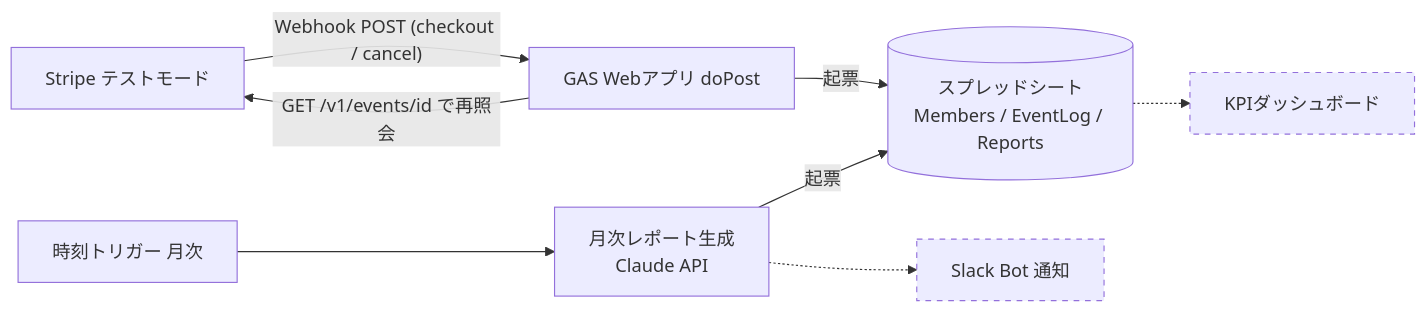
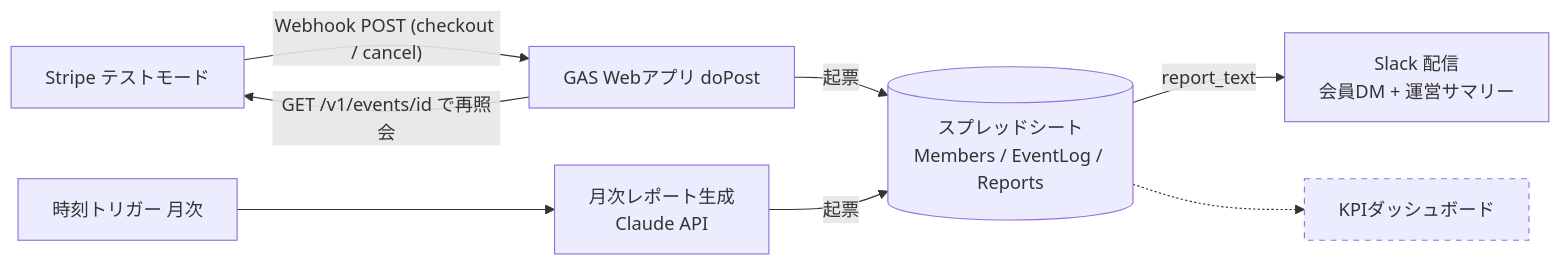
The diagram in README.md (aomizuki0307/gas-membership-kit), drawn with Mermaid before and after one commit. The commit also changed other lines of this file and 3 other files, not shown here.

Commit message:
docs: feature 3 test evidence + README section (flow, gate, SlackLog schema, Slack app setup)

````diff
--- a/README.md
+++ b/README.md
@@ -23,12 +23,11 @@
 ```mermaid
 graph LR
     Stripe[Stripe テストモード] -- "Webhook POST (checkout / cancel)" --> GAS[GAS Webアプリ doPost]
     GAS -- "GET /v1/events/id で再照会" --> Stripe
     GAS -- 起票 --> Sheet[(スプレッドシート<br>Members / EventLog / Reports)]
     Trigger[時刻トリガー 月次] --> Report[月次レポート生成<br>Claude API]
     Report -- 起票 --> Sheet
-    Report -.-> Slack[Slack Bot 通知]
+    Sheet -- report_text --> Slack[Slack 配信<br>会員DM + 運営サマリー]
     Sheet -.-> KPI[KPIダッシュボード]
-    style Slack stroke-dasharray: 5 5
     style KPI stroke-dasharray: 5 5
 ```
````
